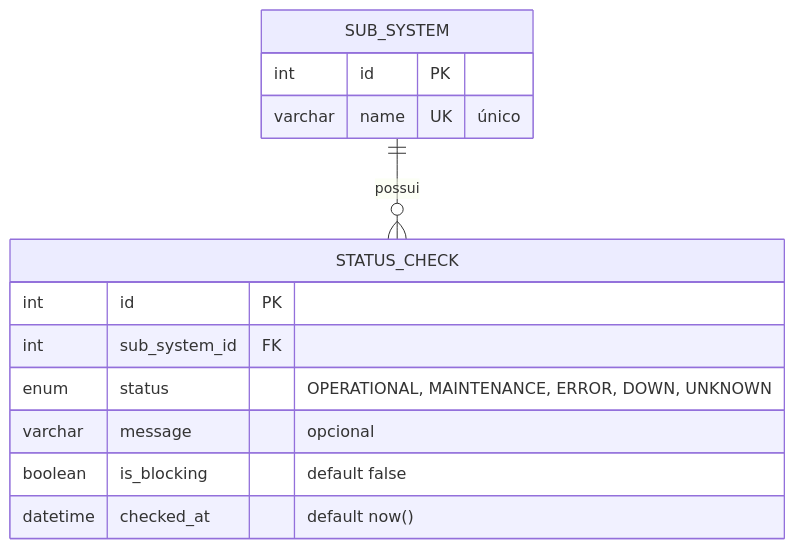
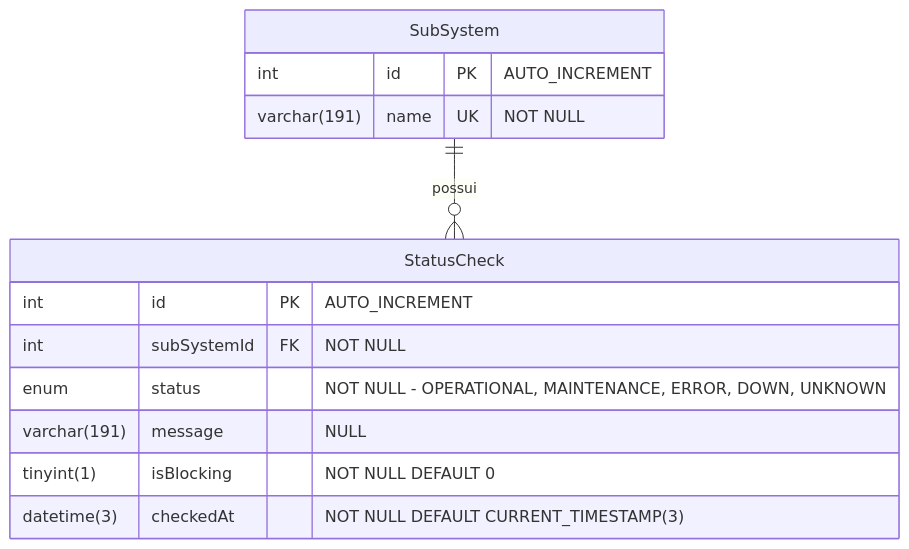
Before and after one commit to MiguelIFSP/BRTPDS2-PROJETO-E-DESENVOLVIMENTO-DE-SISTEMAS-2: the second of 6 diagrams in documentos/entrega2_Di1/dicionario_de_dados.md, drawn with Mermaid. The commit also changed other lines of this file and 1 other file, not shown here.

````diff
--- a/documentos/entrega2_Di1/dicionario_de_dados.md
+++ b/documentos/entrega2_Di1/dicionario_de_dados.md
@@ -45,18 +47,18 @@
 ```mermaid
 erDiagram
-    SUB_SYSTEM ||--o{ STATUS_CHECK : "possui"
+    SubSystem ||--o{ StatusCheck : "possui"
 
-    SUB_SYSTEM {
-        int id PK
-        varchar name UK "único"
+    SubSystem {
+        int id PK "AUTO_INCREMENT"
+        varchar(191) name UK "NOT NULL"
     }
 
-    STATUS_CHECK {
-        int id PK
-        int sub_system_id FK
-        enum status "OPERATIONAL, MAINTENANCE, ERROR, DOWN, UNKNOWN"
-        varchar message "opcional"
-        boolean is_blocking "default false"
-        datetime checked_at "default now()"
+    StatusCheck {
+        int id PK "AUTO_INCREMENT"
+        int subSystemId FK "NOT NULL"
+        enum status "NOT NULL - OPERATIONAL, MAINTENANCE, ERROR, DOWN, UNKNOWN"
+        varchar(191) message "NULL"
+        tinyint(1) isBlocking "NOT NULL DEFAULT 0"
+        datetime(3) checkedAt "NOT NULL DEFAULT CURRENT_TIMESTAMP(3)"
     }
 ```
````
